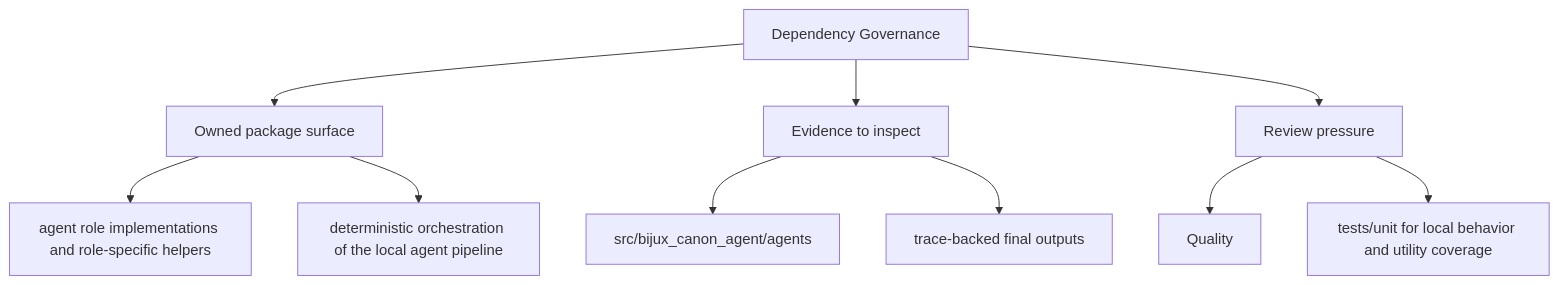
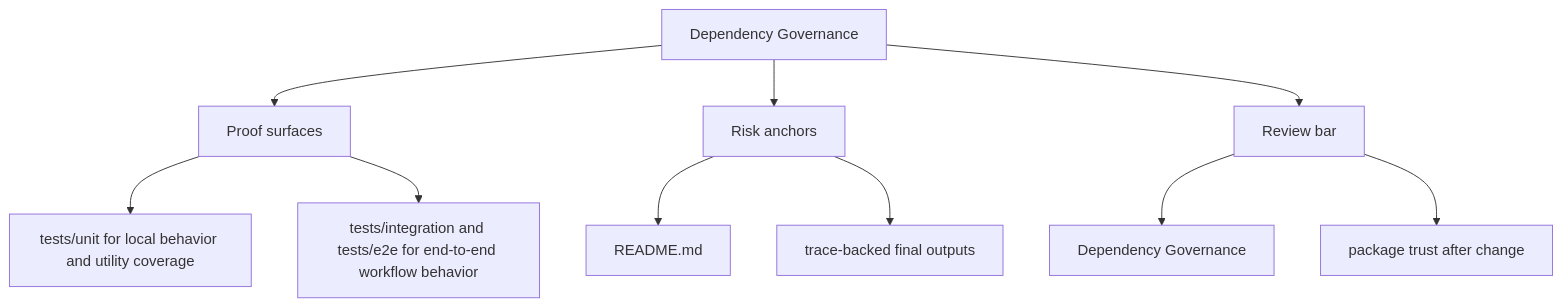
One commit to bijux/bijux-canon changed the second of 2 diagrams in docs/bijux-canon-agent/quality/dependency-governance.md. Above: the diagram before and after it, drawn with Mermaid. The commit also changed other lines of this file and 250 other files, not shown here.

Commit message:
docs(diagrams): make product page maps more readable

````diff
--- a/docs/bijux-canon-agent/quality/dependency-governance.md
+++ b/docs/bijux-canon-agent/quality/dependency-governance.md
@@ -35,22 +35,22 @@
 ```mermaid
 flowchart TD
     page["Dependency Governance"]
-    focus1["Owned package surface"]
+    focus1["Proof surfaces"]
     page --> focus1
-    focus1_1["agent role implementations and role-specific helpers"]
+    focus1_1["tests/unit for local behavior and utility coverage"]
     focus1 --> focus1_1
-    focus1_2["deterministic orchestration of the local agent pipeline"]
+    focus1_2["tests/integration and tests/e2e for end-to-end workflow behavior"]
     focus1 --> focus1_2
-    focus2["Evidence to inspect"]
+    focus2["Risk anchors"]
     page --> focus2
-    focus2_1["src/bijux_canon_agent/agents"]
+    focus2_1["README.md"]
     focus2 --> focus2_1
     focus2_2["trace-backed final outputs"]
     focus2 --> focus2_2
-    focus3["Review pressure"]
+    focus3["Review bar"]
     page --> focus3
-    focus3_1["Quality"]
+    focus3_1["Dependency Governance"]
     focus3 --> focus3_1
-    focus3_2["tests/unit for local behavior and utility coverage"]
+    focus3_2["package trust after change"]
     focus3 --> focus3_2
 ```
````
